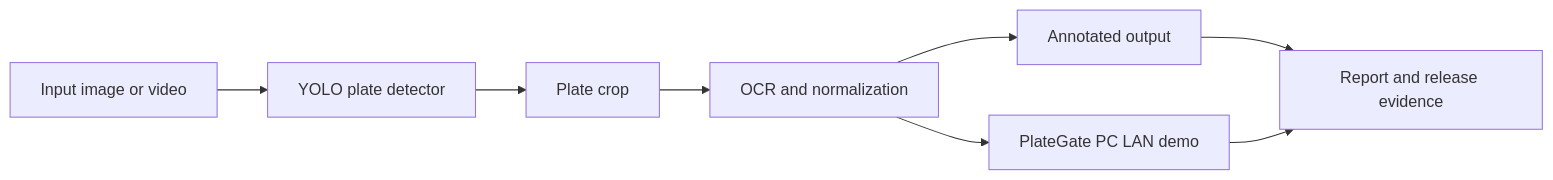
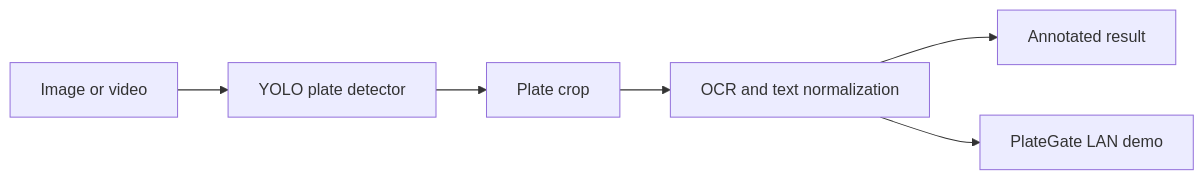
The diagram in README.md (lhlizdabezt/NhapMonAI), drawn with Mermaid before and after one commit. The commit also changed other lines of this file and 1 other file, not shown here.

Commit message:
docs: publish evidence-first ALPR portfolio release

````diff
--- a/README.md
+++ b/README.md
@@ -76,10 +44,8 @@
 ```mermaid
 flowchart LR
-  A["Input image or video"] --> B["YOLO plate detector"]
-  B --> C["Plate crop"]
-  C --> D["OCR and normalization"]
-  D --> E["Annotated output"]
-  D --> F["PlateGate PC LAN demo"]
-  E --> G["Report and release evidence"]
-  F --> G
+  A[Image or video] --> B[YOLO plate detector]
+  B --> C[Plate crop]
+  C --> D[OCR and text normalization]
+  D --> E[Annotated result]
+  D --> F[PlateGate LAN demo]
 ```
````
